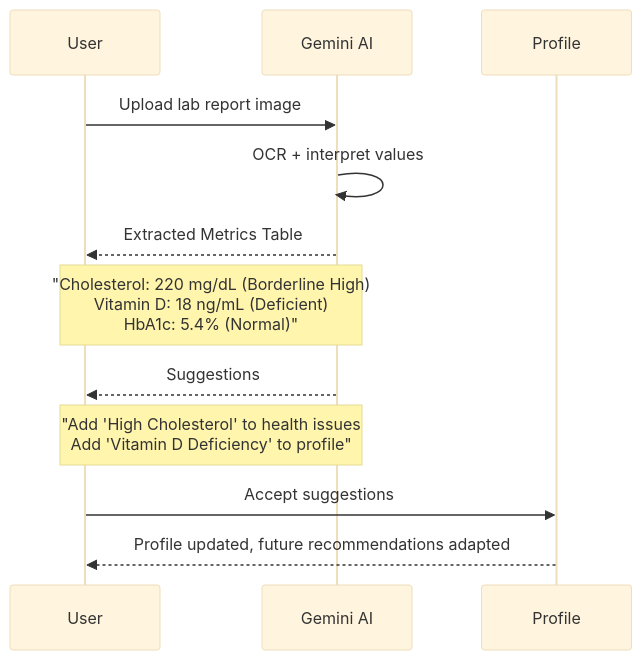
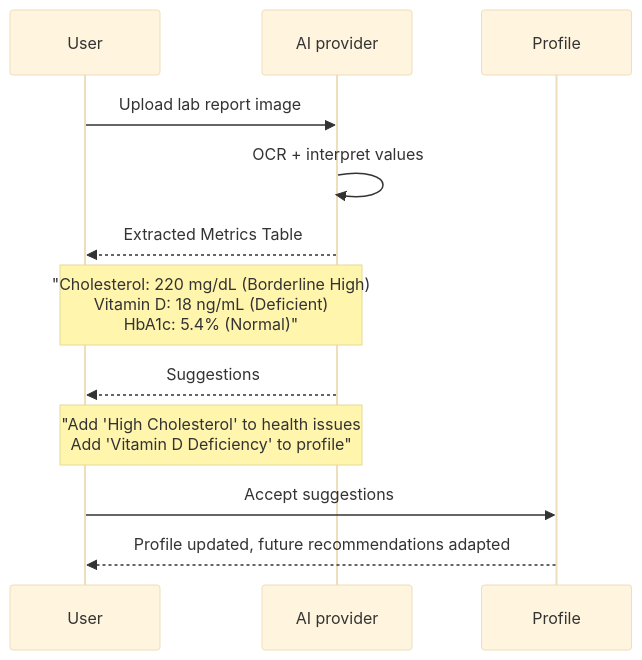
The fifth of 11 diagrams in docs/presentation/README.md (knotking/healthgeek), drawn with Mermaid (base theme) before and after one commit. The commit also changed other lines of this file and 67 other files, not shown here.

````diff
--- a/docs/presentation/README.md
+++ b/docs/presentation/README.md
@@ -146,15 +146,15 @@
 ```mermaid
 sequenceDiagram
     participant U as User
-    participant AI as Gemini AI
+    participant AI as AI provider
     participant P as Profile
 
     U->>AI: Upload lab report image
     AI->>AI: OCR + interpret values
     AI-->>U: Extracted Metrics Table
     Note over AI,U: "Cholesterol: 220 mg/dL (Borderline High)<br/>Vitamin D: 18 ng/mL (Deficient)<br/>HbA1c: 5.4% (Normal)"
     AI-->>U: Suggestions
     Note over AI,U: "Add 'High Cholesterol' to health issues<br/>Add 'Vitamin D Deficiency' to profile"
     U->>P: Accept suggestions
     P-->>U: Profile updated, future recommendations adapted
 ```
````
